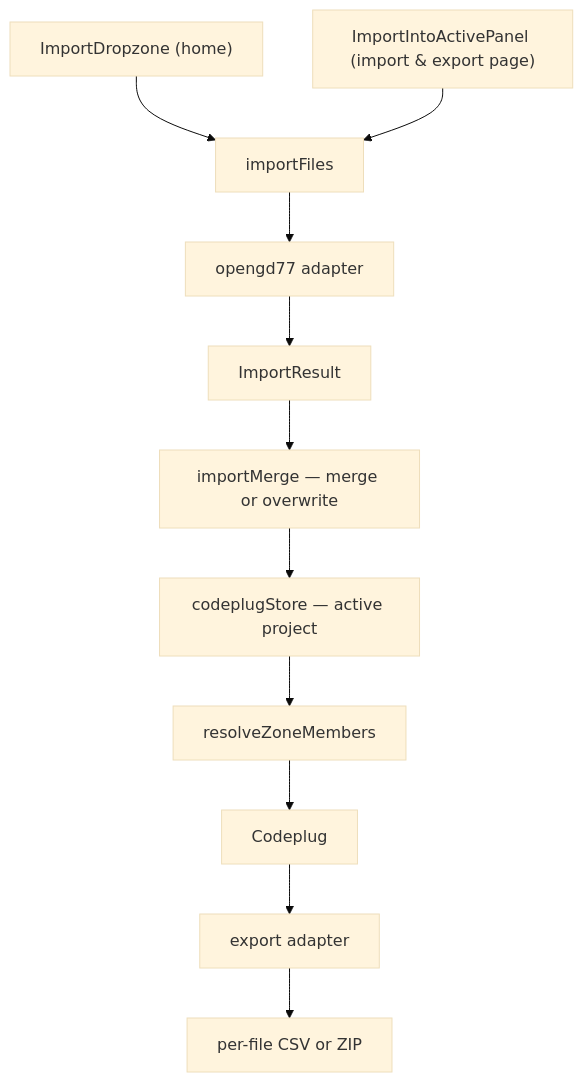
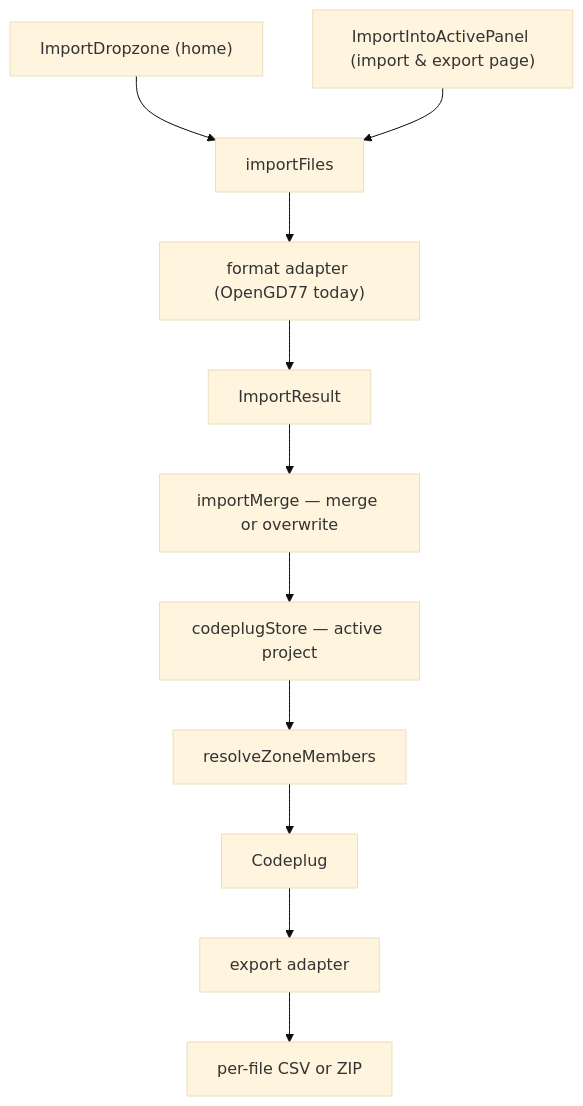
The diagram in docs/features/import-export/README.md (pskillen/opengd77-map), drawn with Mermaid (base theme) before and after one commit. The commit also changed other lines of this file and 5 other files, not shown here.

First line of the commit message:
docs: reframe OpenGD77 as one export format, not the format

````diff
--- a/docs/features/import-export/README.md
+++ b/docs/features/import-export/README.md
@@ -50,13 +52,13 @@
 ```mermaid
 flowchart TD
   HomeUI["ImportDropzone (home)"] --> importFiles
   ExportUI["ImportIntoActivePanel (import & export page)"] --> importFiles
-  importFiles --> Adapter["opengd77 adapter"]
+  importFiles --> Adapter["format adapter (OpenGD77 today)"]
   Adapter --> Raw["ImportResult"]
   Raw --> Merge["importMerge — merge or overwrite"]
   Merge --> Store["codeplugStore — active project"]
   Store --> Resolve["resolveZoneMembers"]
   Resolve --> Codeplug["Codeplug"]
   Codeplug --> Serialise["export adapter"]
   Serialise --> Download["per-file CSV or ZIP"]
 ```
````
